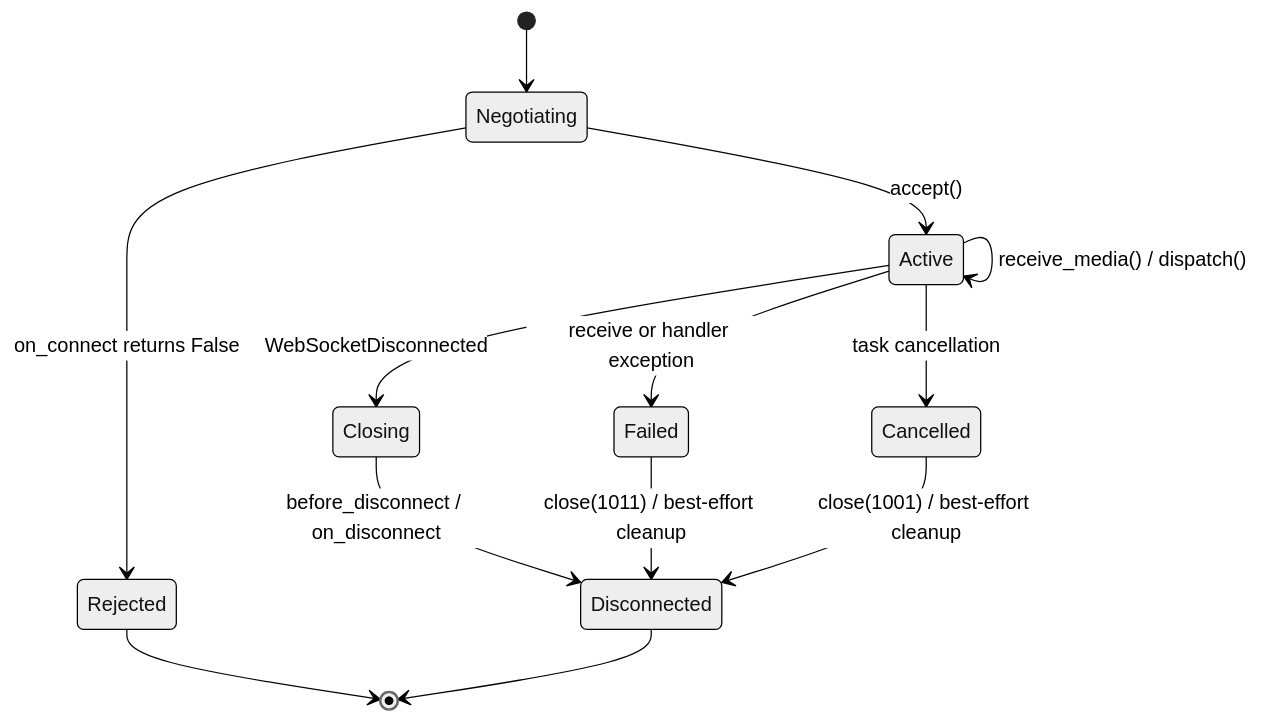
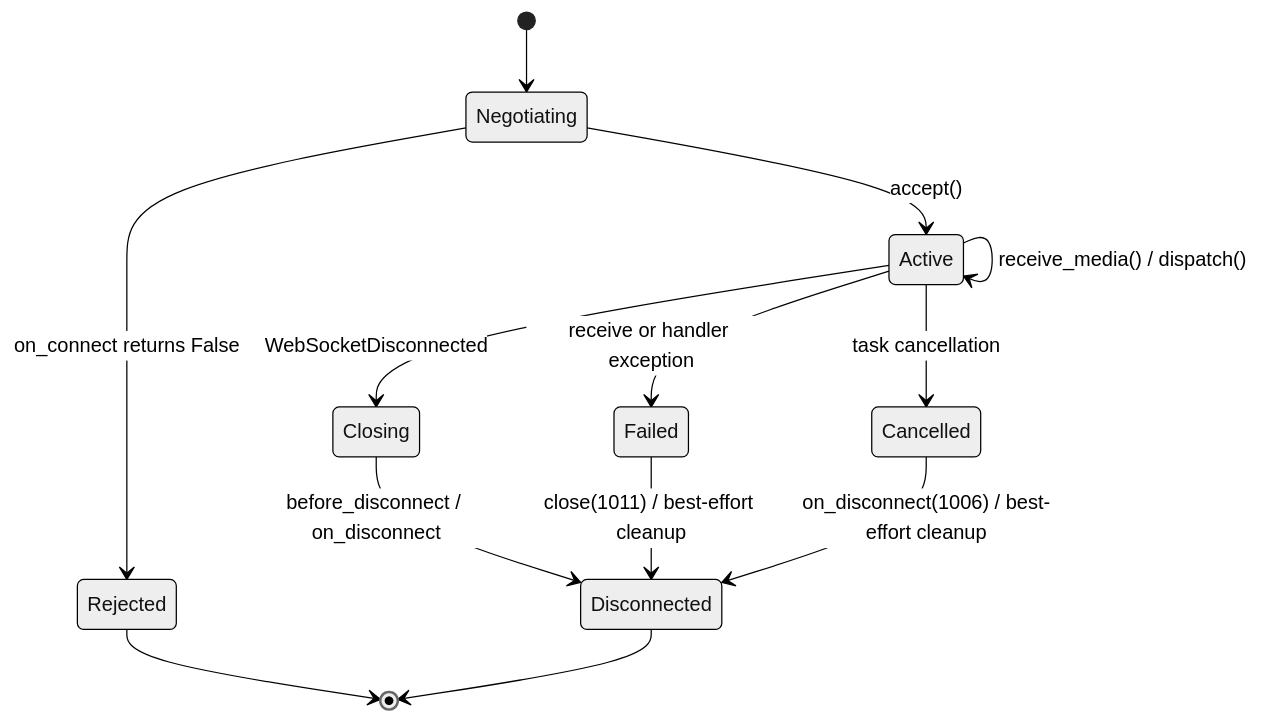
Diagram 14 of 20 in docs/falcon-websocket-extension-design.md (leynos/falcon-pachinko), drawn with Mermaid (neutral theme) before and after one commit. The commit also changed other lines of this file and 33 other files, not shown here.

````diff
--- a/docs/falcon-websocket-extension-design.md
+++ b/docs/falcon-websocket-extension-design.md
@@ -1620,17 +1650,17 @@
 ```mermaid
 stateDiagram-v2
     accTitle: WebSocket session state transitions
     accDescr: Negotiation accepts or rejects. Active dispatches until close, error, or cancellation; cleanup follows.
     [*] --> Negotiating
     Negotiating --> Rejected: on_connect returns False
     Negotiating --> Active: accept()
     Active --> Active: receive_media() / dispatch()
     Active --> Closing: WebSocketDisconnected
     Active --> Failed: receive or handler exception
     Active --> Cancelled: task cancellation
     Closing --> Disconnected: before_disconnect / on_disconnect
     Failed --> Disconnected: close(1011) / best-effort cleanup
-    Cancelled --> Disconnected: close(1001) / best-effort cleanup
+    Cancelled --> Disconnected: on_disconnect(1006) / best-effort cleanup
     Rejected --> [*]
     Disconnected --> [*]
 ```
````
